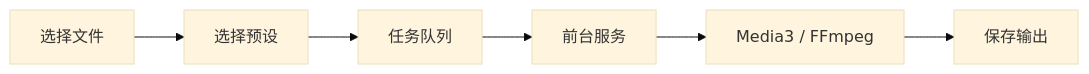
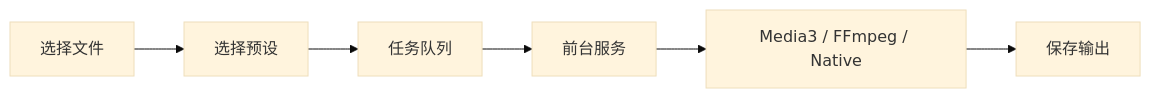
The diagram in README_zh.md (Jasonzhu1207/ZenConverter), drawn with Mermaid (base theme) before and after one commit. The commit also changed other lines of this file and 1 other file, not shown here.

````diff
--- a/README_zh.md
+++ b/README_zh.md
@@ -59,11 +61,11 @@
 ```mermaid
 flowchart LR
     Pick["选择文件"]
     Preset["选择预设"]
     Queue["任务队列"]
     Service["前台服务"]
-    Engine["Media3 / FFmpeg"]
+    Engine["Media3 / FFmpeg / Native"]
     Output["保存输出"]
 
     Pick --> Preset --> Queue --> Service --> Engine --> Output
 ```
````
